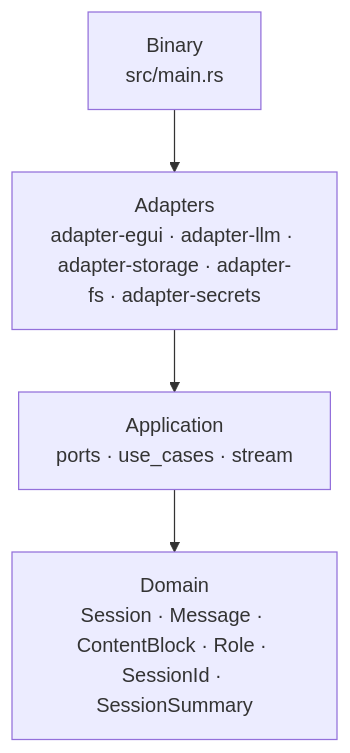
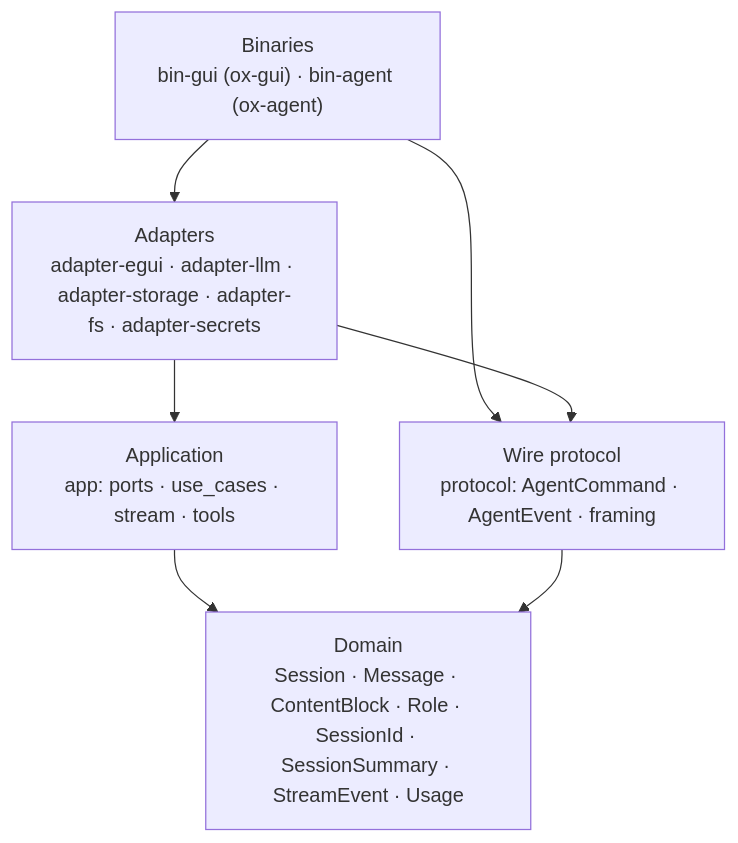
One commit to kkestell/ox-rs changed the first of 2 diagrams in AGENTS.md. Above: the diagram before and after it, drawn with Mermaid. The commit also changed other lines of this file and 25 other files, not shown here.

````diff
--- a/AGENTS.md
+++ b/AGENTS.md
@@ -50,11 +54,15 @@
 ```mermaid
 flowchart TB
-    main["Binary<br/>src/main.rs"]
+    binaries["Binaries<br/>bin-gui (ox-gui) · bin-agent (ox-agent)"]
     adapters["Adapters<br/>adapter-egui · adapter-llm · adapter-storage · adapter-fs · adapter-secrets"]
-    app["Application<br/>ports · use_cases · stream"]
-    domain["Domain<br/>Session · Message · ContentBlock · Role · SessionId · SessionSummary"]
+    app_layer["Application<br/>app: ports · use_cases · stream · tools"]
+    protocol["Wire protocol<br/>protocol: AgentCommand · AgentEvent · framing"]
+    domain["Domain<br/>Session · Message · ContentBlock · Role · SessionId · SessionSummary · StreamEvent · Usage"]
 
-    main --> adapters
-    adapters --> app
-    app --> domain
+    binaries --> adapters
+    binaries --> protocol
+    adapters --> protocol
+    adapters --> app_layer
+    app_layer --> domain
+    protocol --> domain
 ```
````
